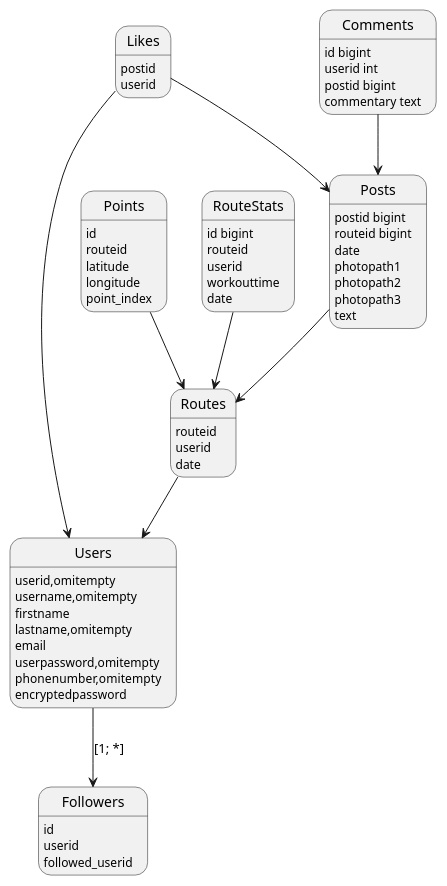
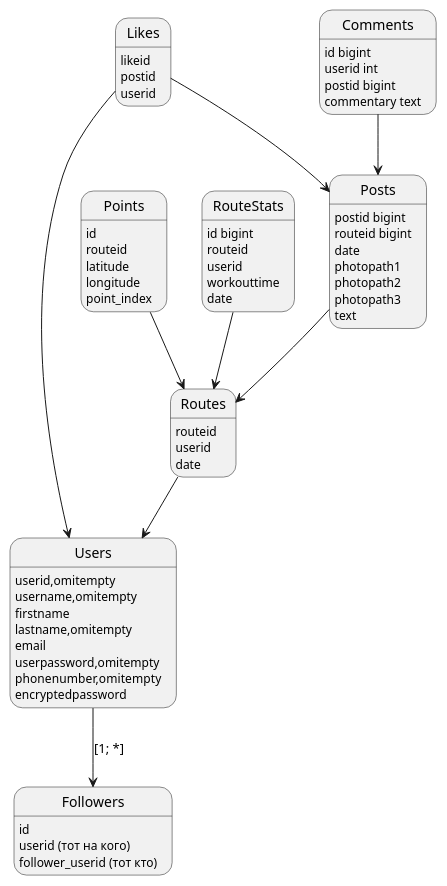
Before and after one commit to OvyFlash/5_semester: the diagram in readme.md, drawn with PlantUML. The commit also changed other lines of this file and 22 other files, not shown here.

````diff
--- a/readme.md
+++ b/readme.md
@@ -49,56 +589,57 @@
 ```plantuml
 @startuml
 Users --> Followers : [1; *]
 Posts --> Routes
 Points --> Routes
 RouteStats --> Routes
 Comments --> Posts
 Routes --> Users
 Likes --> Posts
 Likes --> Users
 
 Users: userid,omitempty
 Users: username,omitempty
 Users: firstname
 Users: lastname,omitempty
 Users: email
 Users: userpassword,omitempty
 Users: phonenumber,omitempty
 Users: encryptedpassword
 
 Followers: id 
-Followers: userid 
-Followers: followed_userid
+Followers: userid (тот на кого)
+Followers: follower_userid (тот кто)
 
 Comments: id bigint
 Comments: userid int
 Comments: postid bigint
 Comments: commentary text
 
 Posts: postid bigint
 Posts: routeid bigint
 Posts: date
 Posts: photopath1
 Posts: photopath2
 Posts: photopath3
 Posts: text
 
+Likes: likeid
 Likes: postid
 Likes: userid
 
 Routes: routeid
 Routes: userid
 Routes: date
 
 Points: id 
 Points: routeid
 Points: latitude
 Points: longitude
 Points: point_index
 
 RouteStats: id bigint
 RouteStats: routeid
 RouteStats: userid
 RouteStats: workouttime
 RouteStats: date
 ```
````
